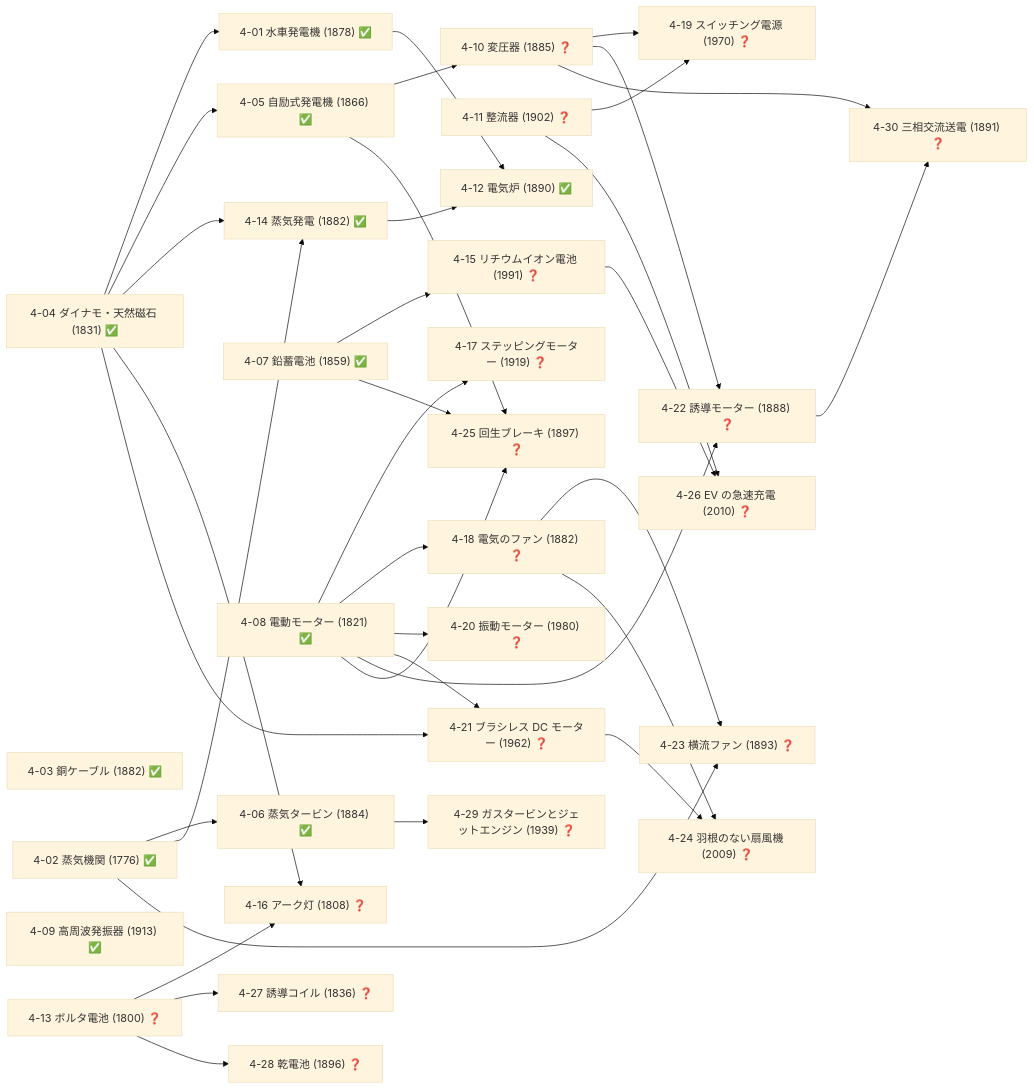
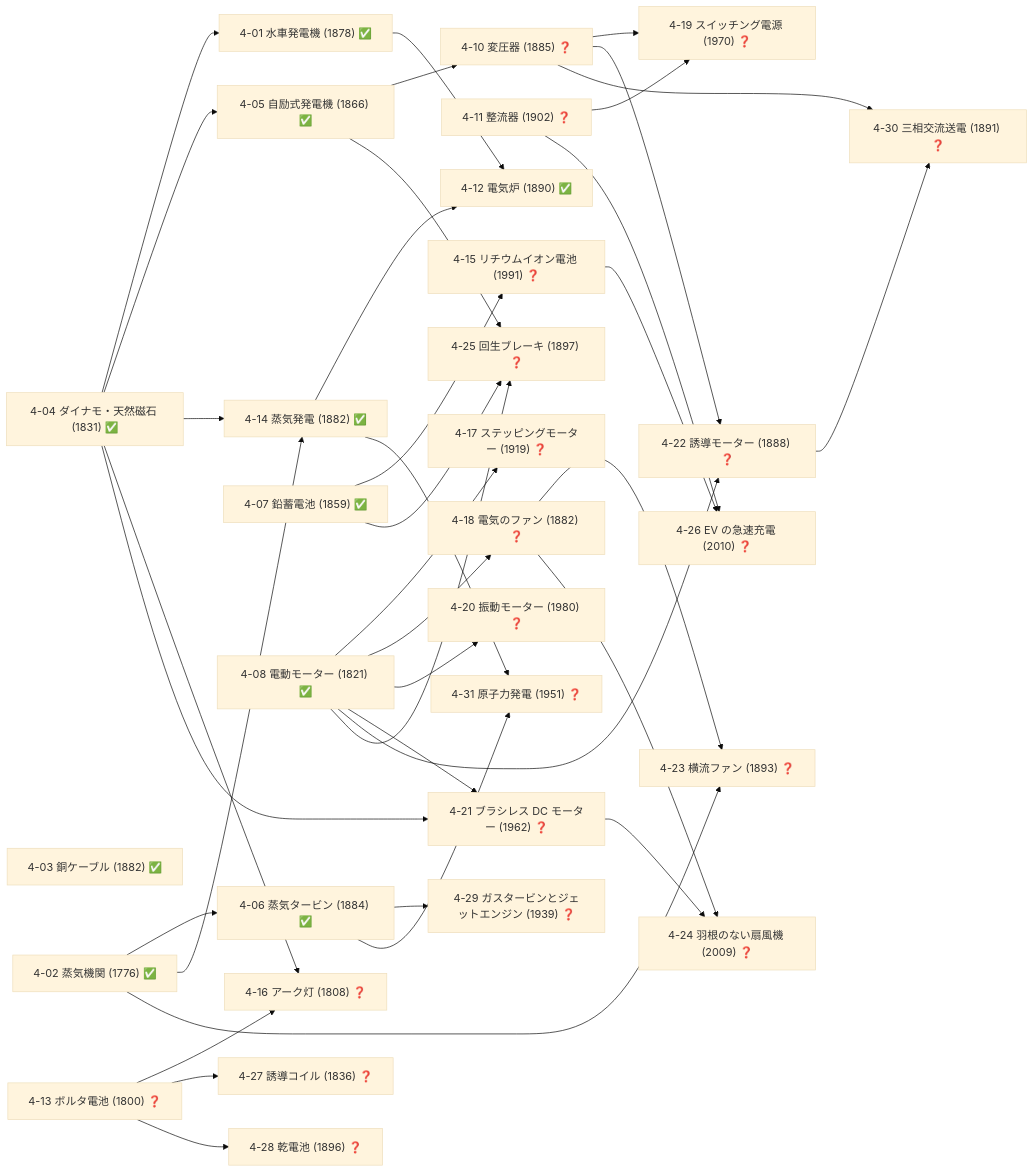
Before and after one commit to taku3i0317-collab/semiconductor-lab: the seventh of 19 diagrams in docs/TECH_TREE_VIEW.md, drawn with Mermaid (base theme). The commit also changed other lines of this file and 6 other files, not shown here.

````diff
--- a/docs/TECH_TREE_VIEW.md
+++ b/docs/TECH_TREE_VIEW.md
@@ -364,67 +365,69 @@
 ```mermaid
 graph LR
   n4_01["4-01 水車発電機 (1878) ✅"]
   n4_02["4-02 蒸気機関 (1776) ✅"]
   n4_03["4-03 銅ケーブル (1882) ✅"]
   n4_04["4-04 ダイナモ・天然磁石 (1831) ✅"]
   n4_05["4-05 自励式発電機 (1866) ✅"]
   n4_06["4-06 蒸気タービン (1884) ✅"]
   n4_07["4-07 鉛蓄電池 (1859) ✅"]
   n4_08["4-08 電動モーター (1821) ✅"]
-  n4_09["4-09 高周波発振器 (1913) ✅"]
   n4_10["4-10 変圧器 (1885) ❓"]
   n4_11["4-11 整流器 (1902) ❓"]
   n4_12["4-12 電気炉 (1890) ✅"]
   n4_13["4-13 ボルタ電池 (1800) ❓"]
   n4_14["4-14 蒸気発電 (1882) ✅"]
   n4_15["4-15 リチウムイオン電池 (1991) ❓"]
   n4_16["4-16 アーク灯 (1808) ❓"]
   n4_17["4-17 ステッピングモーター (1919) ❓"]
   n4_18["4-18 電気のファン (1882) ❓"]
   n4_19["4-19 スイッチング電源 (1970) ❓"]
   n4_20["4-20 振動モーター (1980) ❓"]
   n4_21["4-21 ブラシレス DC モーター (1962) ❓"]
   n4_22["4-22 誘導モーター (1888) ❓"]
   n4_23["4-23 横流ファン (1893) ❓"]
   n4_24["4-24 羽根のない扇風機 (2009) ❓"]
   n4_25["4-25 回生ブレーキ (1897) ❓"]
   n4_26["4-26 EV の急速充電 (2010) ❓"]
   n4_27["4-27 誘導コイル (1836) ❓"]
   n4_28["4-28 乾電池 (1896) ❓"]
   n4_29["4-29 ガスタービンとジェットエンジン (1939) ❓"]
   n4_30["4-30 三相交流送電 (1891) ❓"]
+  n4_31["4-31 原子力発電 (1951) ❓"]
   n4_04-->n4_01
   n4_04-->n4_05
   n4_02-->n4_06
   n4_05-->n4_10
   n4_01-->n4_12
   n4_14-->n4_12
   n4_02-->n4_14
   n4_04-->n4_14
   n4_07-->n4_15
   n4_04-->n4_16
   n4_13-->n4_16
   n4_08-->n4_17
   n4_08-->n4_18
   n4_10-->n4_19
   n4_11-->n4_19
   n4_08-->n4_20
   n4_04-->n4_21
   n4_08-->n4_21
   n4_08-->n4_22
   n4_10-->n4_22
   n4_02-->n4_23
   n4_18-->n4_23
   n4_18-->n4_24
   n4_21-->n4_24
   n4_05-->n4_25
   n4_07-->n4_25
   n4_08-->n4_25
   n4_11-->n4_26
   n4_15-->n4_26
   n4_13-->n4_27
   n4_13-->n4_28
   n4_06-->n4_29
   n4_10-->n4_30
   n4_22-->n4_30
+  n4_06-->n4_31
+  n4_14-->n4_31
 ```
````
